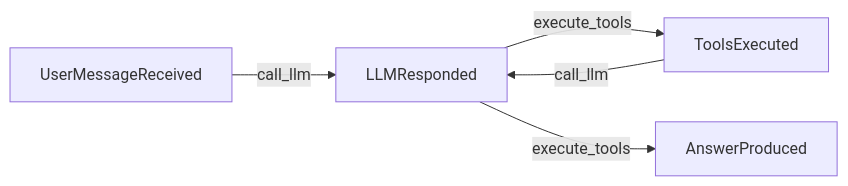
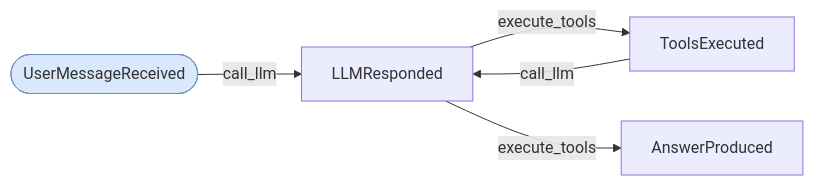
The diagram in examples/react_agent.graph.md (cadance-io/langgraph-events), drawn with Mermaid before and after one commit. The commit also changed 10 other files, not shown here.

First line of the commit message:
Add seed event styling and typed Scatter[T] to mermaid diagrams

````diff
--- a/examples/react_agent.graph.md
+++ b/examples/react_agent.graph.md
@@ -4,8 +4,10 @@
 ```mermaid
 graph LR
+    classDef seed fill:#dae8fc,stroke:#6c8ebf
+    UserMessageReceived([UserMessageReceived]):::seed
     UserMessageReceived -->|call_llm| LLMResponded
     ToolsExecuted -->|call_llm| LLMResponded
     LLMResponded -->|execute_tools| ToolsExecuted
     LLMResponded -->|execute_tools| AnswerProduced
 %% Side-effect handlers: audit_trail (Auditable)
 ```
````
